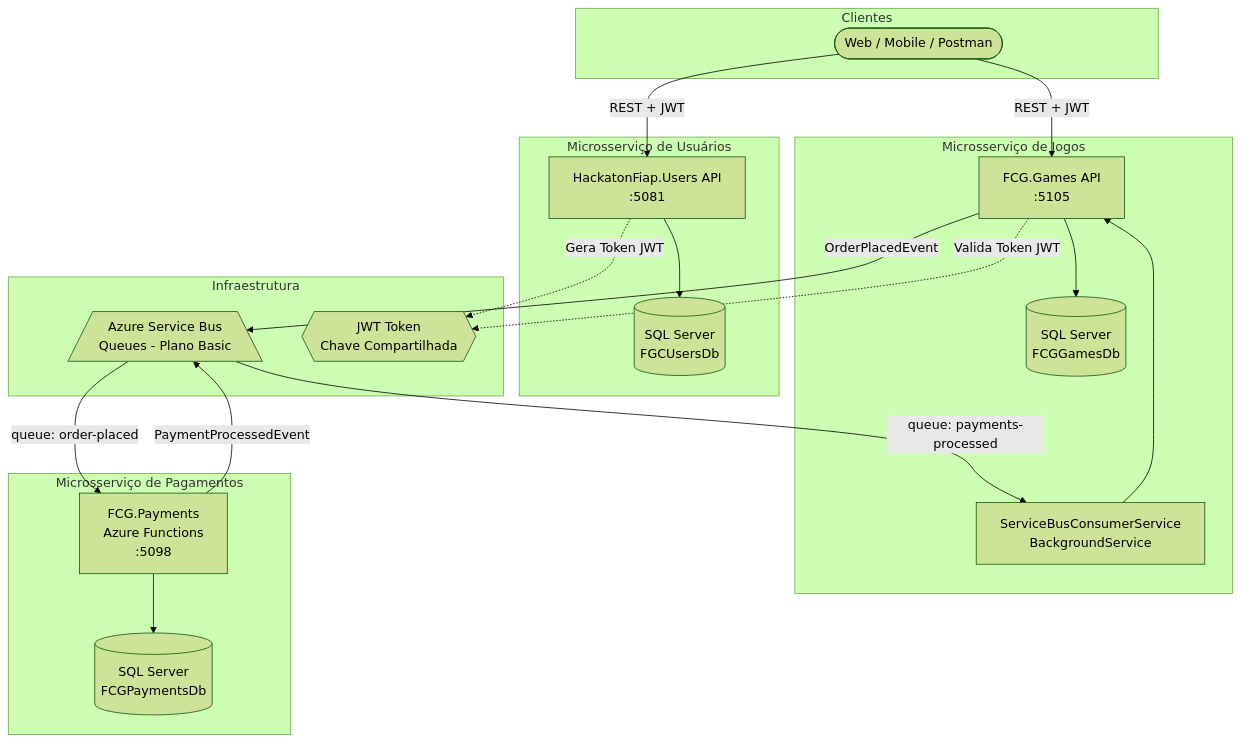
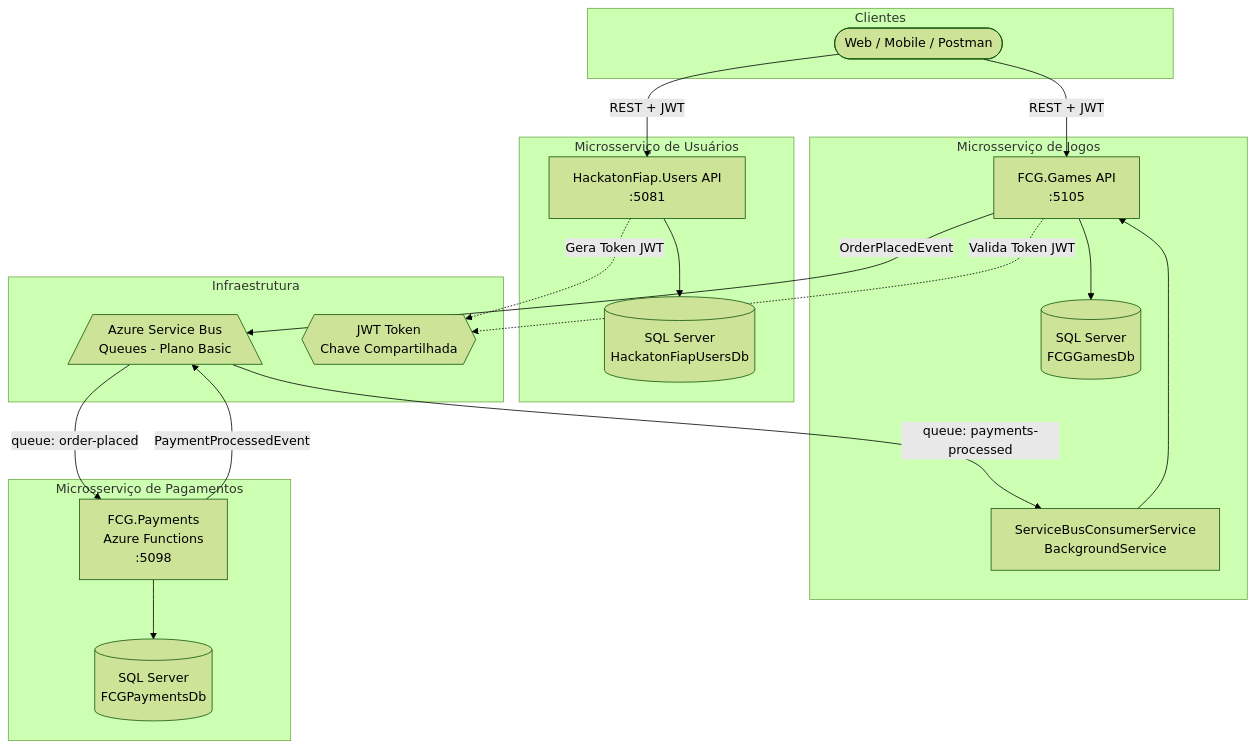
One commit to GabrielVeridico/hackaton-fiap-users changed the first of 7 diagrams in docs/ARCHITECTURE.md. Above: the diagram before and after it, drawn with Mermaid (forest theme). The commit also changed other lines of this file and 11 other files, not shown here.

Commit message:
docs/chore(prd): appsettings sem segredos, docs e README atualizados, CI/k8s renomeados para HackatonFiap

````diff
--- a/docs/ARCHITECTURE.md
+++ b/docs/ARCHITECTURE.md
@@ -9,43 +9,43 @@
 ```mermaid
 graph TB
     subgraph "Clientes"
         WEB([Web / Mobile / Postman])
     end
 
     subgraph "Microsserviço de Usuários"
         UAPI[HackatonFiap.Users API<br/>:5081]
-        UDB[(SQL Server<br/>FGCUsersDb)]
+        UDB[(SQL Server<br/>HackatonFiapUsersDb)]
     end
 
     subgraph "Microsserviço de Jogos"
         GAPI[FCG.Games API<br/>:5105]
         GDB[(SQL Server<br/>FCGGamesDb)]
         GCON[ServiceBusConsumerService<br/>BackgroundService]
     end
 
     subgraph "Microsserviço de Pagamentos"
         PFUNC[FCG.Payments<br/>Azure Functions<br/>:5098]
         PDB[(SQL Server<br/>FCGPaymentsDb)]
     end
 
     subgraph "Infraestrutura"
         SB[/Azure Service Bus<br/>Queues - Plano Basic\]
         JWT{{JWT Token<br/>Chave Compartilhada}}
     end
 
     WEB -->|REST + JWT| UAPI
     WEB -->|REST + JWT| GAPI
 
     UAPI --> UDB
     GAPI --> GDB
     PFUNC --> PDB
 
     UAPI -.->|Gera Token JWT| JWT
     GAPI -.->|Valida Token JWT| JWT
 
     GAPI -->|OrderPlacedEvent| SB
     SB -->|queue: order-placed| PFUNC
     PFUNC -->|PaymentProcessedEvent| SB
     SB -->|queue: payments-processed| GCON
     GCON --> GAPI
 ```
````
